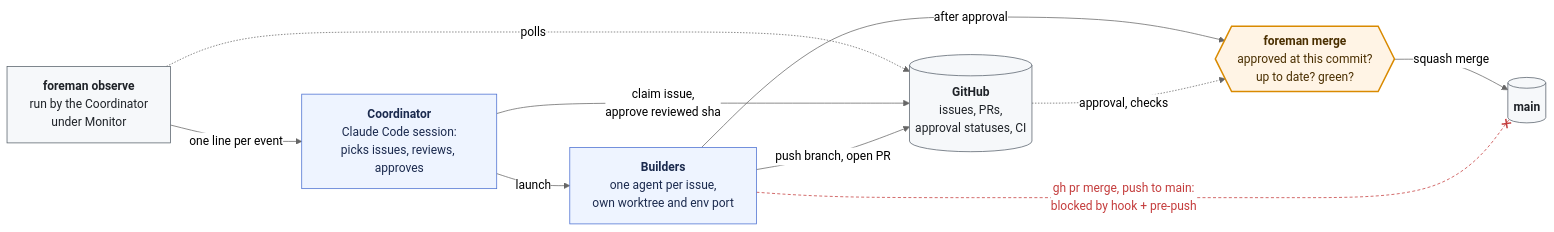
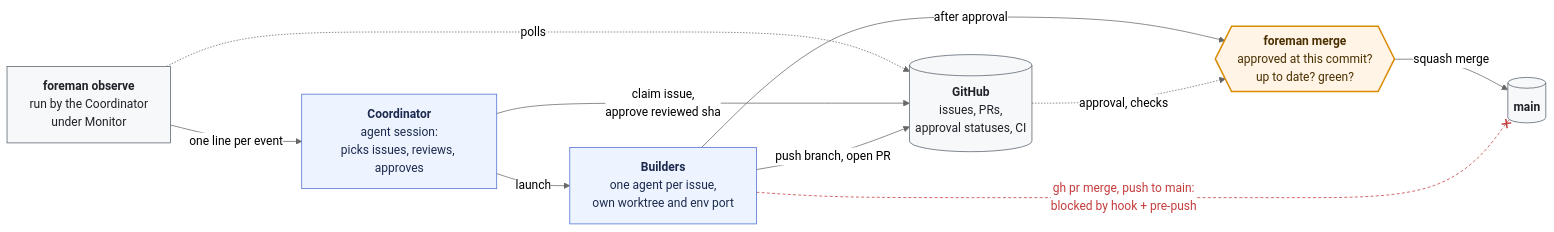
Before and after one commit to smknaqvi/foreman: the first of 3 diagrams in README.md, drawn with Mermaid (neutral theme). The commit also changed other lines of this file and 16 other files, not shown here.

````diff
--- a/README.md
+++ b/README.md
@@ -17,27 +17,27 @@
 ```mermaid
 flowchart LR
     obs["<b>foreman observe</b><br/>run by the Coordinator<br/>under Monitor"]
-    coord["<b>Coordinator</b><br/>Claude Code session:<br/>picks issues, reviews, approves"]
+    coord["<b>Coordinator</b><br/>agent session:<br/>picks issues, reviews, approves"]
     bld["<b>Builders</b><br/>one agent per issue,<br/>own worktree and env port"]
     gh[("<b>GitHub</b><br/>issues, PRs,<br/>approval statuses, CI")]
     gate{{"<b>foreman merge</b><br/>approved at this commit?<br/>up to date? green?"}}
     main[("<b>main</b>")]
 
     obs -- "one line per event" --> coord
     obs -. "polls" .-> gh
     coord -- "launch" --> bld
     coord -- "claim issue,<br/>approve reviewed sha" --> gh
     bld -- "push branch, open PR" --> gh
     bld -- "after approval" --> gate
     gh -. "approval, checks" .-> gate
     gate -- "squash merge" --> main
     bld --x|"gh pr merge, push to main:<br/>blocked by hook + pre-push"| main
 
     classDef agent fill:#eef4ff,stroke:#4a6fd1,color:#1b2a4e
     classDef proc fill:#f6f8fa,stroke:#57606a,color:#1f2328
     classDef gatecls fill:#fff4e5,stroke:#d98a00,color:#4a2f00,stroke-width:2px
     class coord,bld agent
     class obs,gh,main proc
     class gate gatecls
     linkStyle 8 stroke:#c43c3c,color:#c43c3c,stroke-dasharray:4 3
 ```
````
